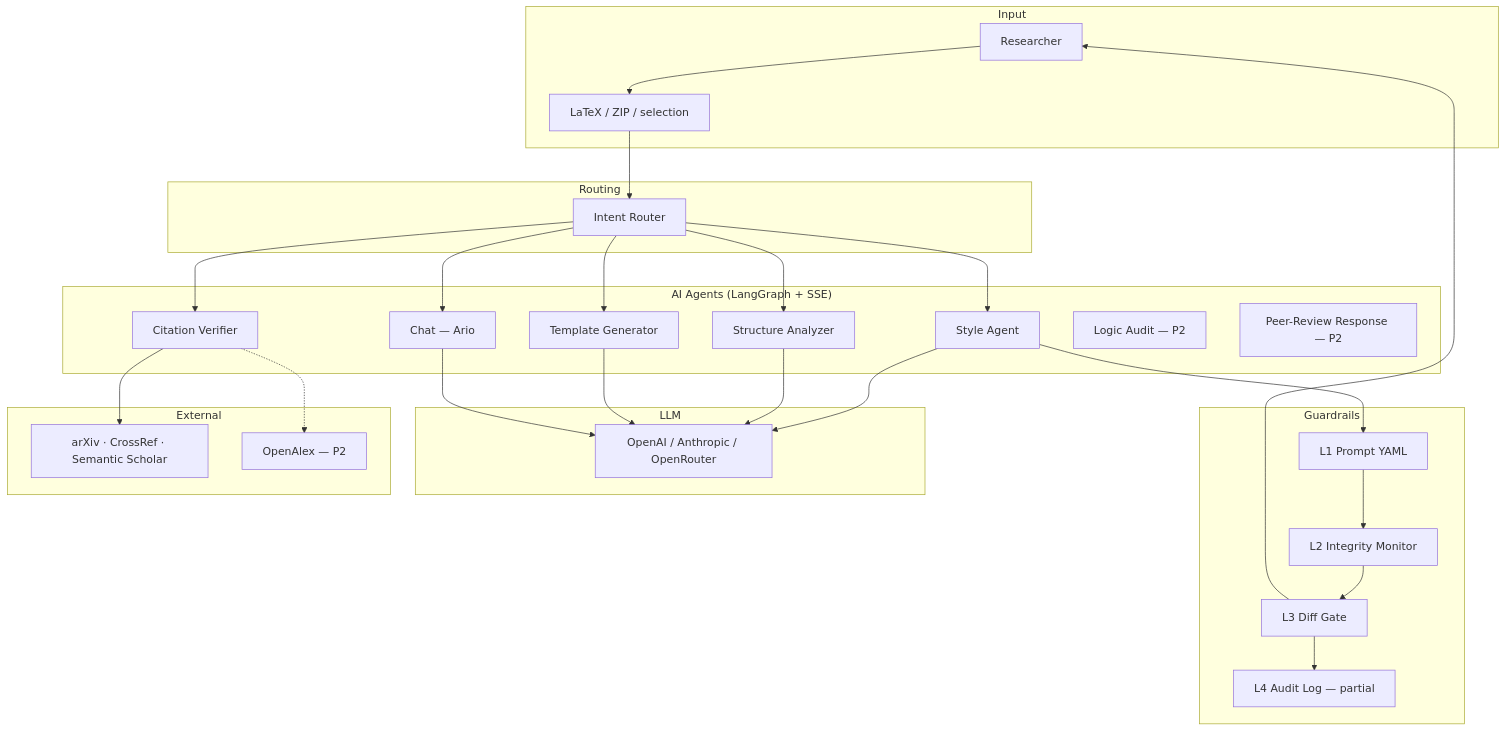
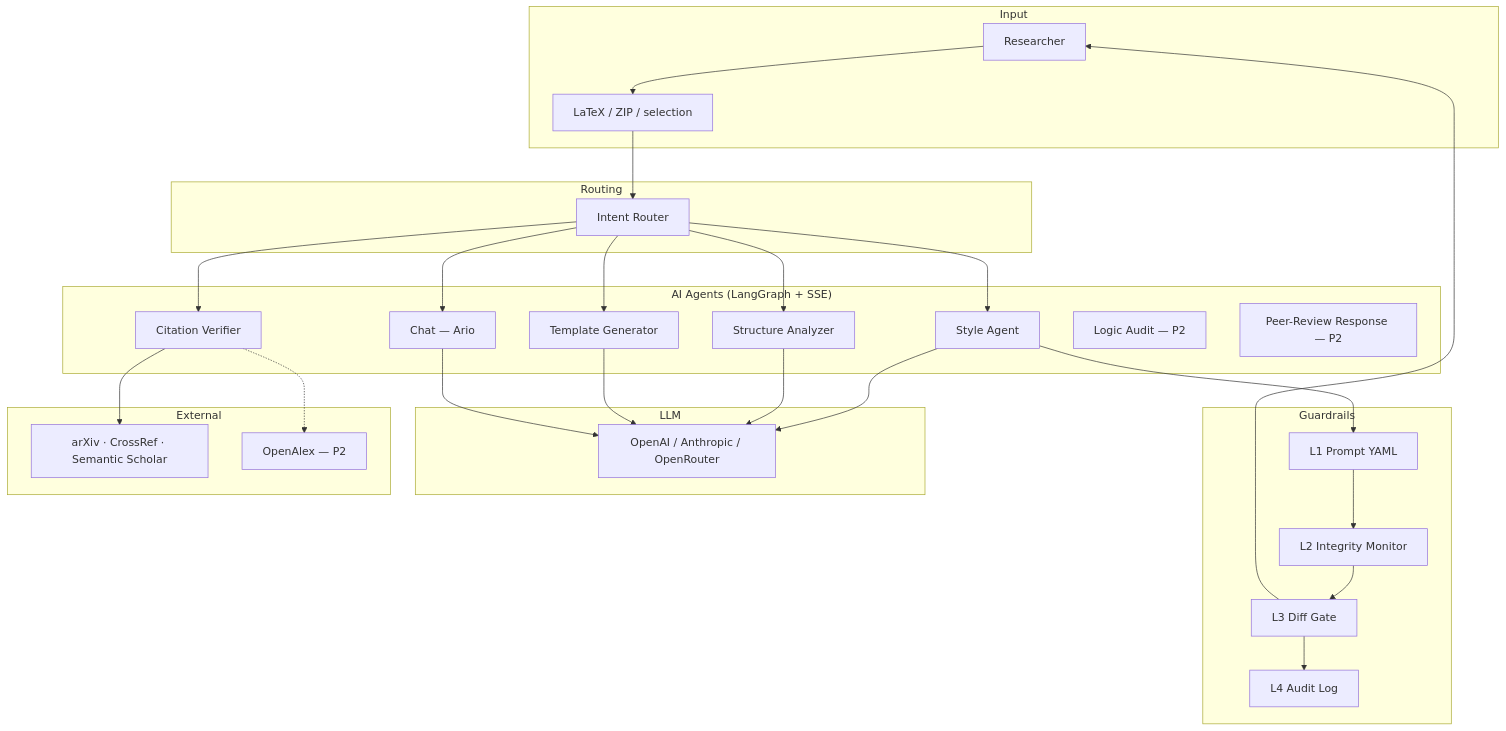
The first of 2 diagrams in ROADMAP.md (Tai-TZ/arionear-ai-paper-editor), drawn with Mermaid before and after one commit. The commit also changed other lines of this file and 45 other files, not shown here.

````diff
--- a/ROADMAP.md
+++ b/ROADMAP.md
@@ -64,45 +65,45 @@
 ```mermaid
 flowchart TB
     subgraph Input
         U[Researcher]
         DOC[LaTeX / ZIP / selection]
     end
 
     subgraph Routing
         IR[Intent Router]
     end
 
     subgraph Agents["AI Agents (LangGraph + SSE)"]
         A1[Style Agent]
         A2[Structure Analyzer]
         A3[Citation Verifier]
         A4[Template Generator]
         A5[Chat — Ario]
         A6[Logic Audit — P2]
         A7[Peer-Review Response — P2]
     end
 
     subgraph Guardrails
         L1[L1 Prompt YAML]
         L2[L2 Integrity Monitor]
         L3[L3 Diff Gate]
-        L4[L4 Audit Log — partial]
+        L4[L4 Audit Log]
     end
 
     subgraph LLM
         P[OpenAI / Anthropic / OpenRouter]
     end
 
     subgraph External
         E1[arXiv · CrossRef · Semantic Scholar]
         E2[OpenAlex — P2]
     end
 
     U --> DOC --> IR
     IR --> A1 & A2 & A3 & A4 & A5
     A1 & A2 & A4 & A5 --> P
     A3 --> E1
     A3 -.-> E2
     A1 --> L1 --> L2 --> L3 --> L4
     L3 --> U
 ```
````
